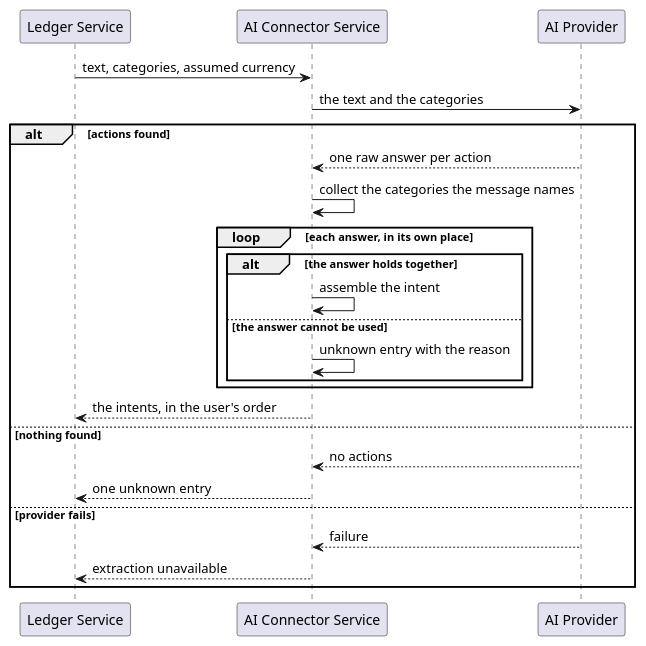
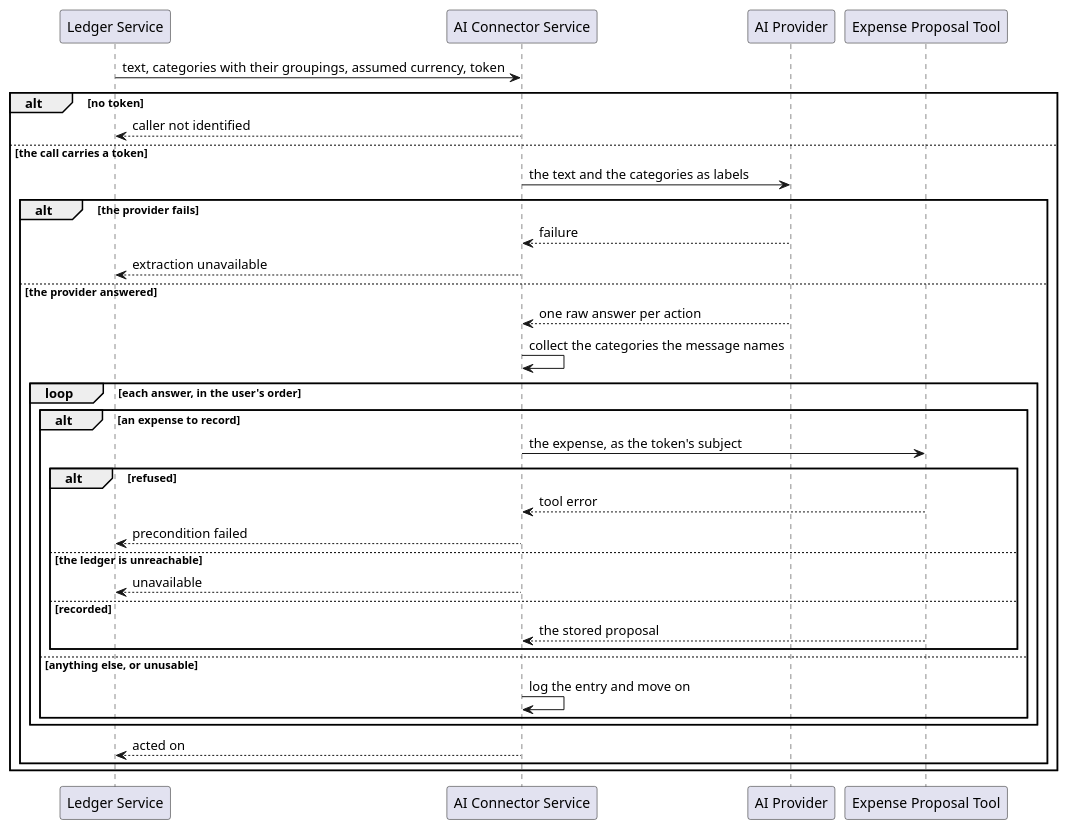
The second of 2 diagrams in ai-connector-service/docs/usecases/extract-intents.md (ds-usova/finance-bot), drawn with PlantUML before and after one commit. The commit also changed other lines of this file and 20 other files, not shown here.

Commit message:
Documentation: record the message-to-proposal turn and the ledger callback contract

````diff
--- a/ai-connector-service/docs/usecases/extract-intents.md
+++ b/ai-connector-service/docs/usecases/extract-intents.md
@@ -97,29 +118,40 @@
 ```plantuml
 @startuml ExtractIntents-Sequence
 participant "Ledger Service" as Caller
 participant "AI Connector Service" as Service
 participant "AI Provider" as Provider
+participant "Expense Proposal Tool" as Tool
 
-Caller -> Service : text, categories, assumed currency
-Service -> Provider : the text and the categories
+Caller -> Service : text, categories with their groupings, assumed currency, token
 
-alt actions found
-    Provider --> Service : one raw answer per action
-    Service -> Service : collect the categories the message names
-    loop each answer, in its own place
-        alt the answer holds together
-            Service -> Service : assemble the intent
-        else the answer cannot be used
-            Service -> Service : unknown entry with the reason
+alt no token
+    Service --> Caller : caller not identified
+else the call carries a token
+    Service -> Provider : the text and the categories as labels
+
+    alt the provider fails
+        Provider --> Service : failure
+        Service --> Caller : extraction unavailable
+    else the provider answered
+        Provider --> Service : one raw answer per action
+        Service -> Service : collect the categories the message names
+        loop each answer, in the user's order
+            alt an expense to record
+                Service -> Tool : the expense, as the token's subject
+                alt refused
+                    Tool --> Service : tool error
+                    Service --> Caller : precondition failed
+                else the ledger is unreachable
+                    Service --> Caller : unavailable
+                else recorded
+                    Tool --> Service : the stored proposal
+                end
+            else anything else, or unusable
+                Service -> Service : log the entry and move on
+            end
         end
+        Service --> Caller : acted on
     end
-    Service --> Caller : the intents, in the user's order
-else nothing found
-    Provider --> Service : no actions
-    Service --> Caller : one unknown entry
-else provider fails
-    Provider --> Service : failure
-    Service --> Caller : extraction unavailable
 end
 @enduml
 ```
````
